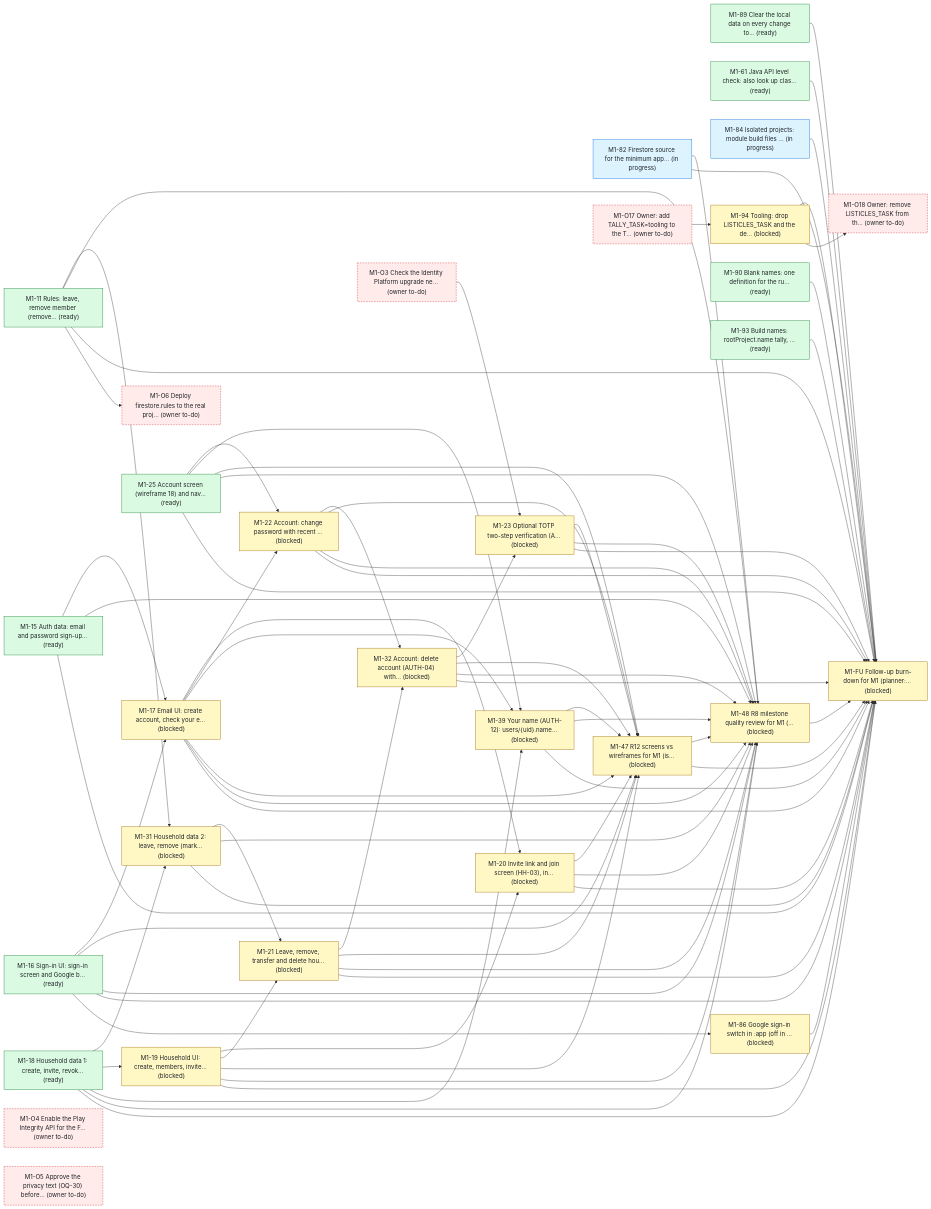
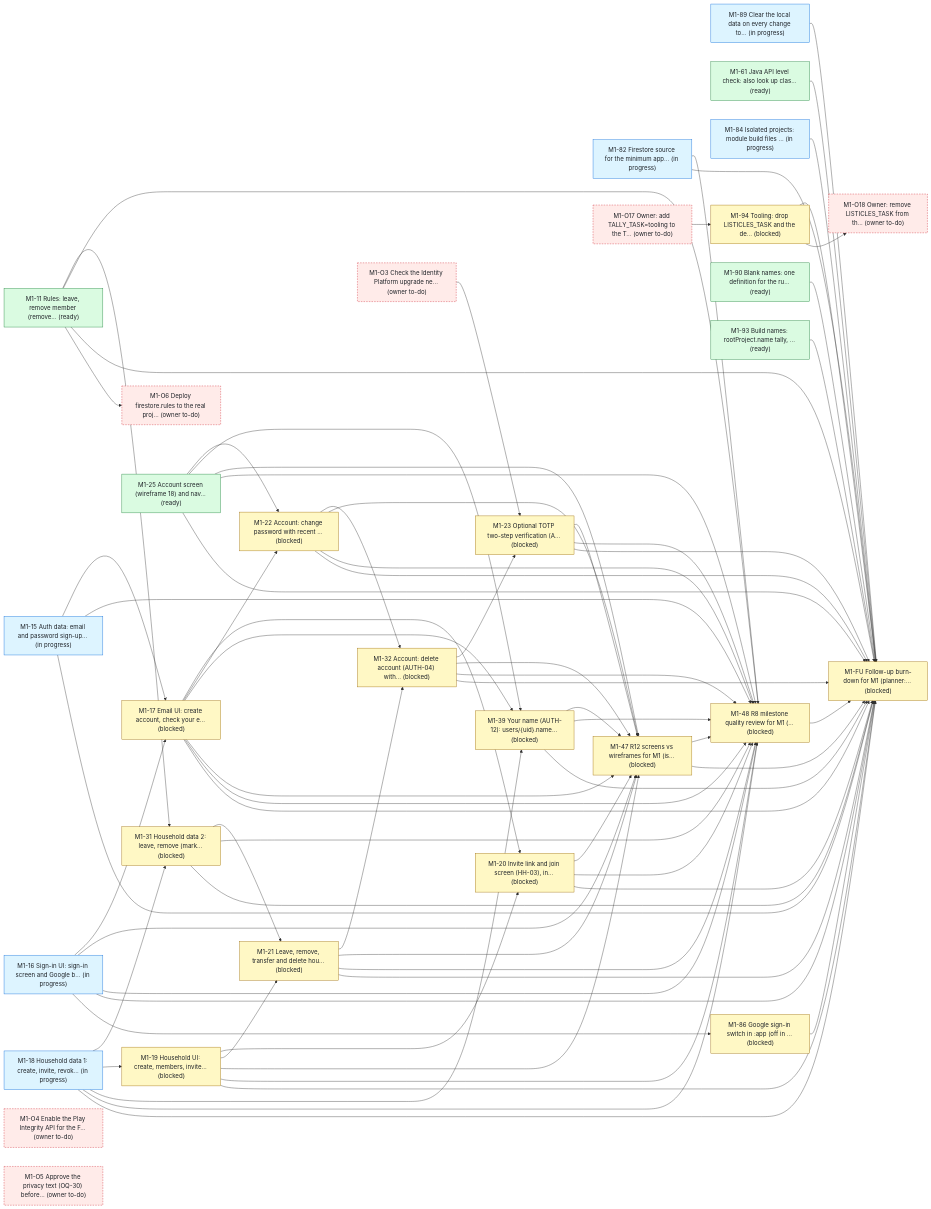
The first of 4 diagrams in status.md (bondo/listicles2), drawn with Mermaid before and after one commit. The commit also changed other lines of this file and 3 other files, not shown here.

```diff
--- a/status.md
+++ b/status.md
@@ -239,11 +239,11 @@
 flowchart LR
     n0["M1-11 Rules: leave, remove member (remove… (ready)"]:::ready
     n1["M1-82 Firestore source for the minimum app… (in progress)"]:::progress
-    n2["M1-89 Clear the local data on every change to… (ready)"]:::ready
-    n3["M1-15 Auth data: email and password sign-up… (ready)"]:::ready
-    n4["M1-16 Sign-in UI: sign-in screen and Google b… (ready)"]:::ready
+    n2["M1-89 Clear the local data on every change to… (in progress)"]:::progress
+    n3["M1-15 Auth data: email and password sign-up… (in progress)"]:::progress
+    n4["M1-16 Sign-in UI: sign-in screen and Google b… (in progress)"]:::progress
     n5["M1-17 Email UI: create account, check your e… (blocked)"]:::blocked
-    n6["M1-18 Household data 1: create, invite, revok… (ready)"]:::ready
+    n6["M1-18 Household data 1: create, invite, revok… (in progress)"]:::progress
     n7["M1-31 Household data 2: leave, remove (mark… (blocked)"]:::blocked
     n8["M1-19 Household UI: create, members, invite… (blocked)"]:::blocked
     n9["M1-20 Invite link and join screen (HH-03), in… (blocked)"]:::blocked
```
